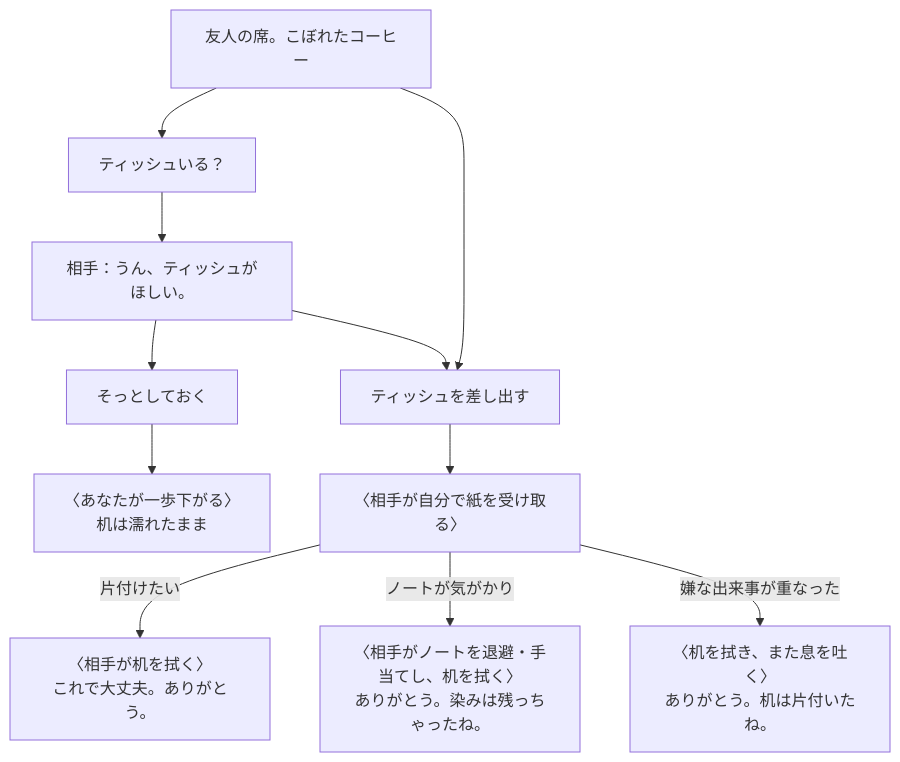
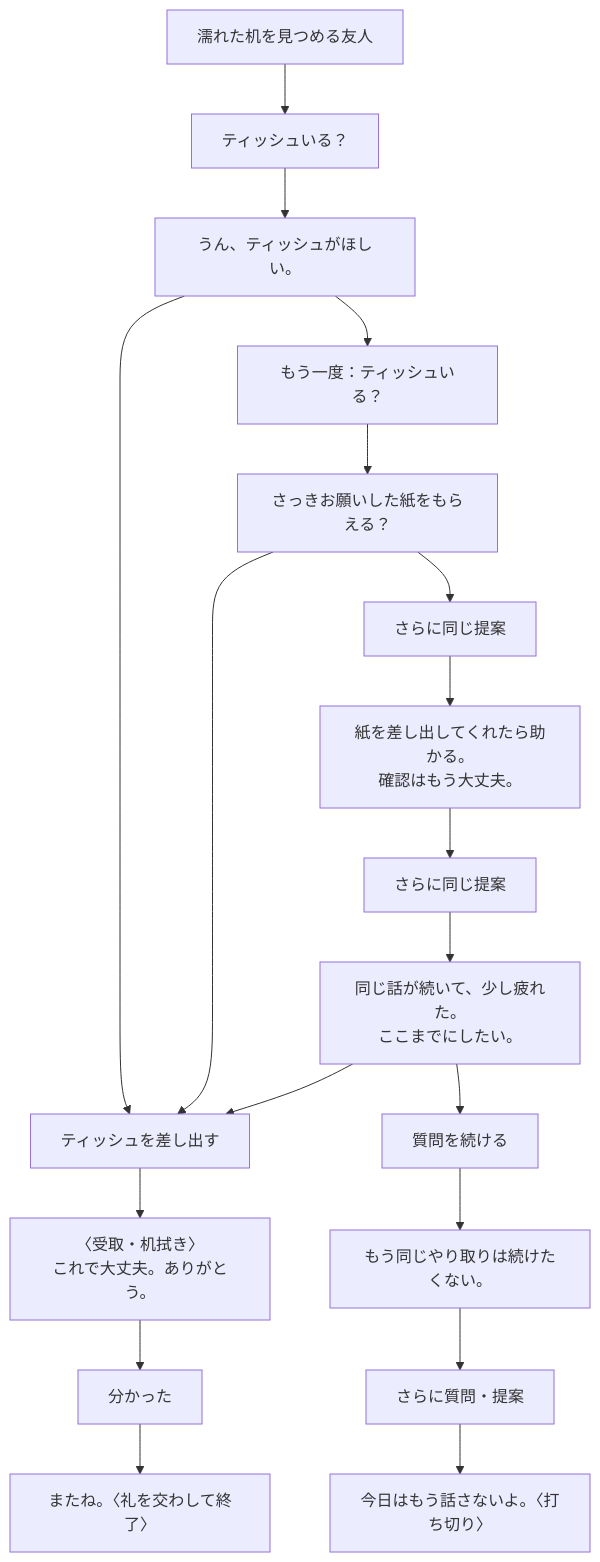
One commit to shirai-masatomo/whitespace changed the first of 3 diagrams in docs/COFFEE_FLOW.md. Above: the diagram before and after it, drawn with Mermaid. The commit also changed other lines of this file and 16 other files, not shown here.

````diff
--- a/docs/COFFEE_FLOW.md
+++ b/docs/COFFEE_FLOW.md
@@ -11,13 +9,21 @@
 ```mermaid
 flowchart TB
-  start["友人の席。こぼれたコーヒー"] --> ask["ティッシュいる？"]
-  start --> give["ティッシュを差し出す"]
-  ask --> yes["相手：うん、ティッシュがほしい。"]
-  yes --> give
-  yes --> leave["そっとしておく"]
-  leave --> wet["〈あなたが一歩下がる〉<br/>机は濡れたまま"]
-  give --> received["〈相手が自分で紙を受け取る〉"]
-  received -->|"片付けたい"| clean["〈相手が机を拭く〉<br/>これで大丈夫。ありがとう。"]
-  received -->|"ノートが気がかり"| book["〈相手がノートを退避・手当てし、机を拭く〉<br/>ありがとう。染みは残っちゃったね。"]
-  received -->|"嫌な出来事が重なった"| day["〈机を拭き、また息を吐く〉<br/>ありがとう。机は片付いたね。"]
+  start["濡れた机を見つめる友人"] --> offer["ティッシュいる？"]
+  offer --> yes["うん、ティッシュがほしい。"]
+  yes --> again["もう一度：ティッシュいる？"]
+  again --> reminder["さっきお願いした紙をもらえる？"]
+  reminder --> third["さらに同じ提案"]
+  third --> urge["紙を差し出してくれたら助かる。<br/>確認はもう大丈夫。"]
+  urge --> fourth["さらに同じ提案"]
+  fourth --> boundary["同じ話が続いて、少し疲れた。<br/>ここまでにしたい。"]
+  yes --> give["ティッシュを差し出す"]
+  reminder --> give
+  boundary --> give
+  give --> clean["〈受取・机拭き〉<br/>これで大丈夫。ありがとう。"]
+  clean --> ack["分かった"]
+  ack --> finished["またね。〈礼を交わして終了〉"]
+  boundary --> persist["質問を続ける"]
+  persist --> warning["もう同じやり取りは続けたくない。"]
+  warning --> more["さらに質問・提案"]
+  more --> refused["今日はもう話さないよ。〈打ち切り〉"]
 ```
````
